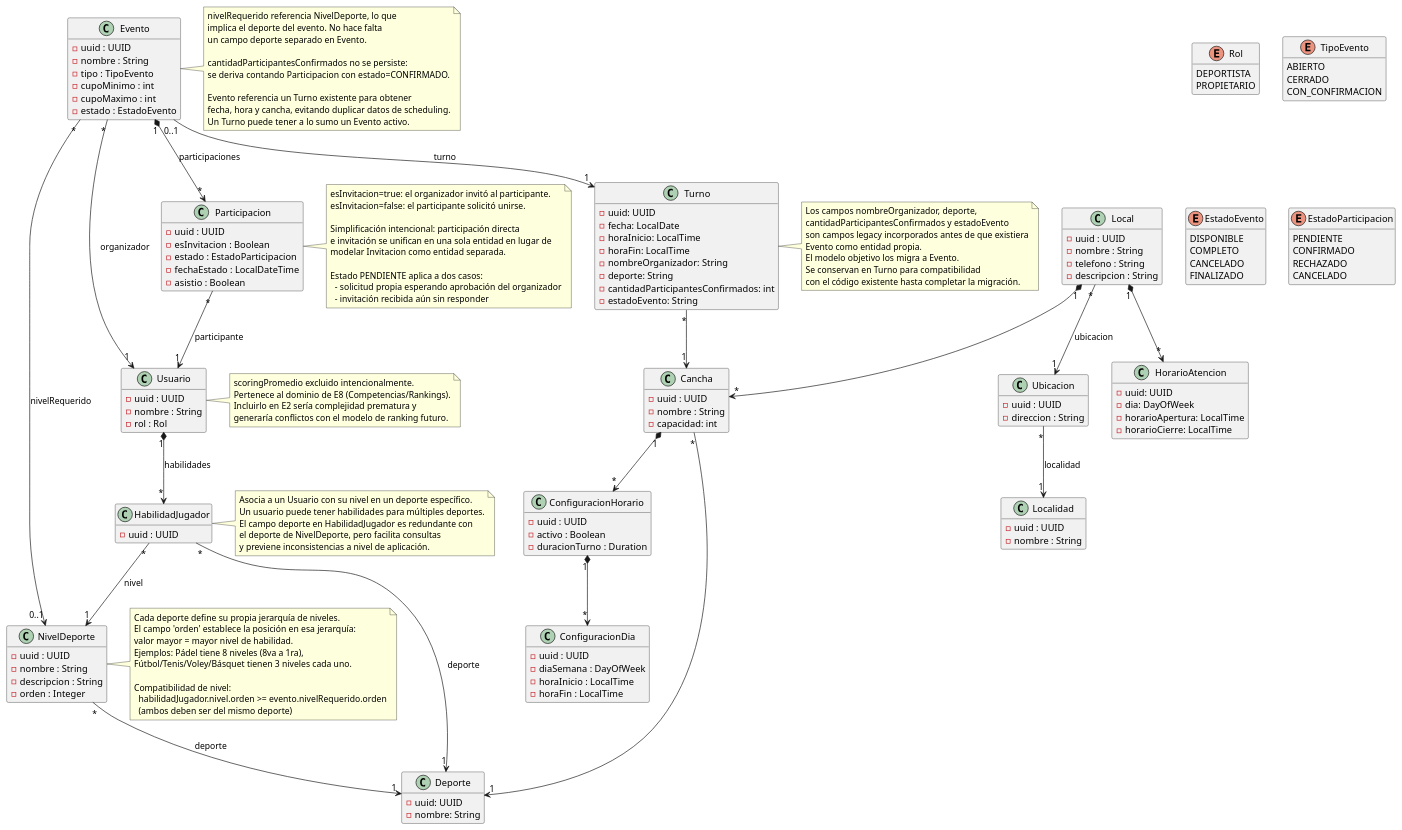
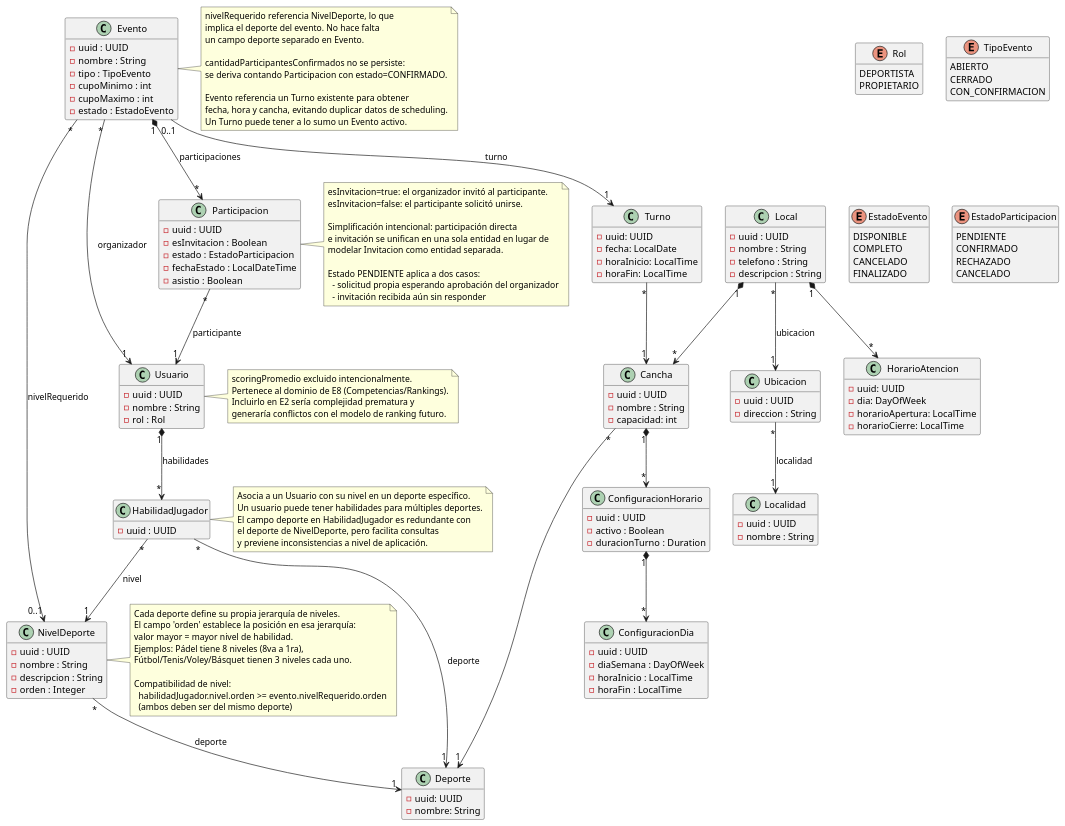
The diagram in documentation/diagrams/model.puml (cozakoo/sale_partido), drawn with PlantUML before and after one commit. The commit also changed 14 other files, not shown here.

```diff
--- a/documentation/diagrams/model.puml
+++ b/documentation/diagrams/model.puml
@@ -63,21 +63,7 @@
     - fecha: LocalDate
     - horaInicio: LocalTime
     - horaFin: LocalTime
-    - nombreOrganizador: String
-    - deporte: String
-    - cantidadParticipantesConfirmados: int
-    - estadoEvento: String
 }
-
-note right of Turno
-  Los campos nombreOrganizador, deporte,
-  cantidadParticipantesConfirmados y estadoEvento
-  son campos legacy incorporados antes de que existiera
-  Evento como entidad propia.
-  El modelo objetivo los migra a Evento.
-  Se conservan en Turno para compatibilidad
-  con el código existente hasta completar la migración.
-end note
 
 
 ' =====================================================
```
